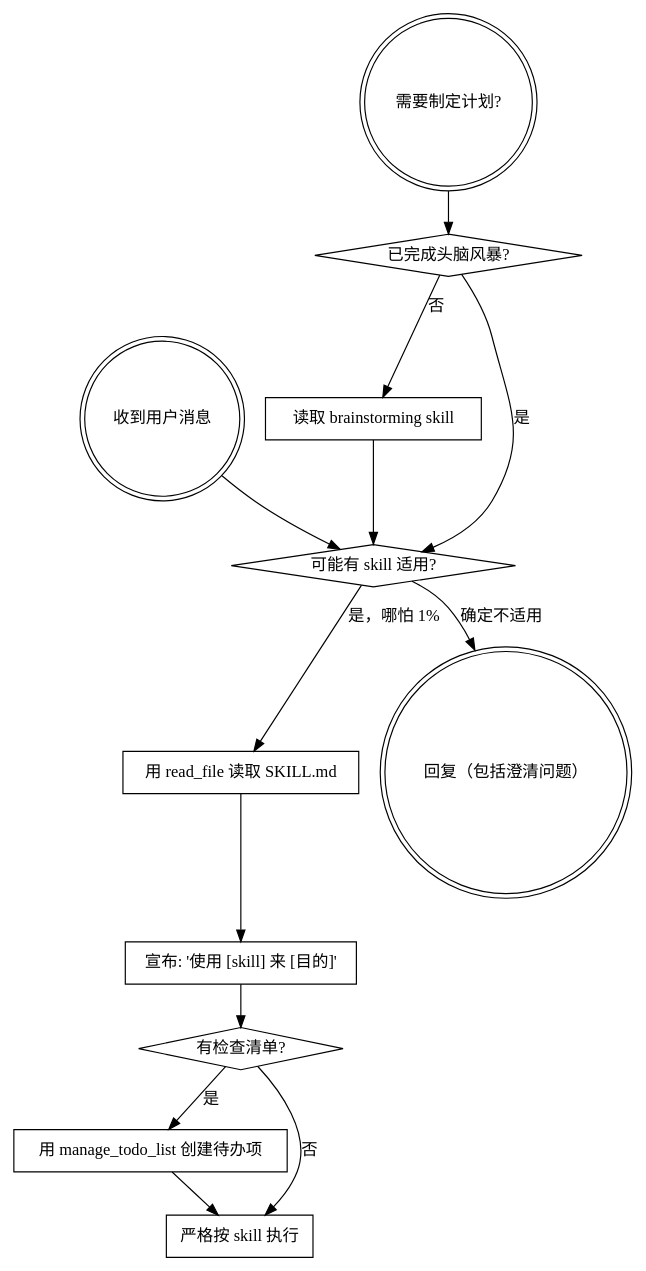
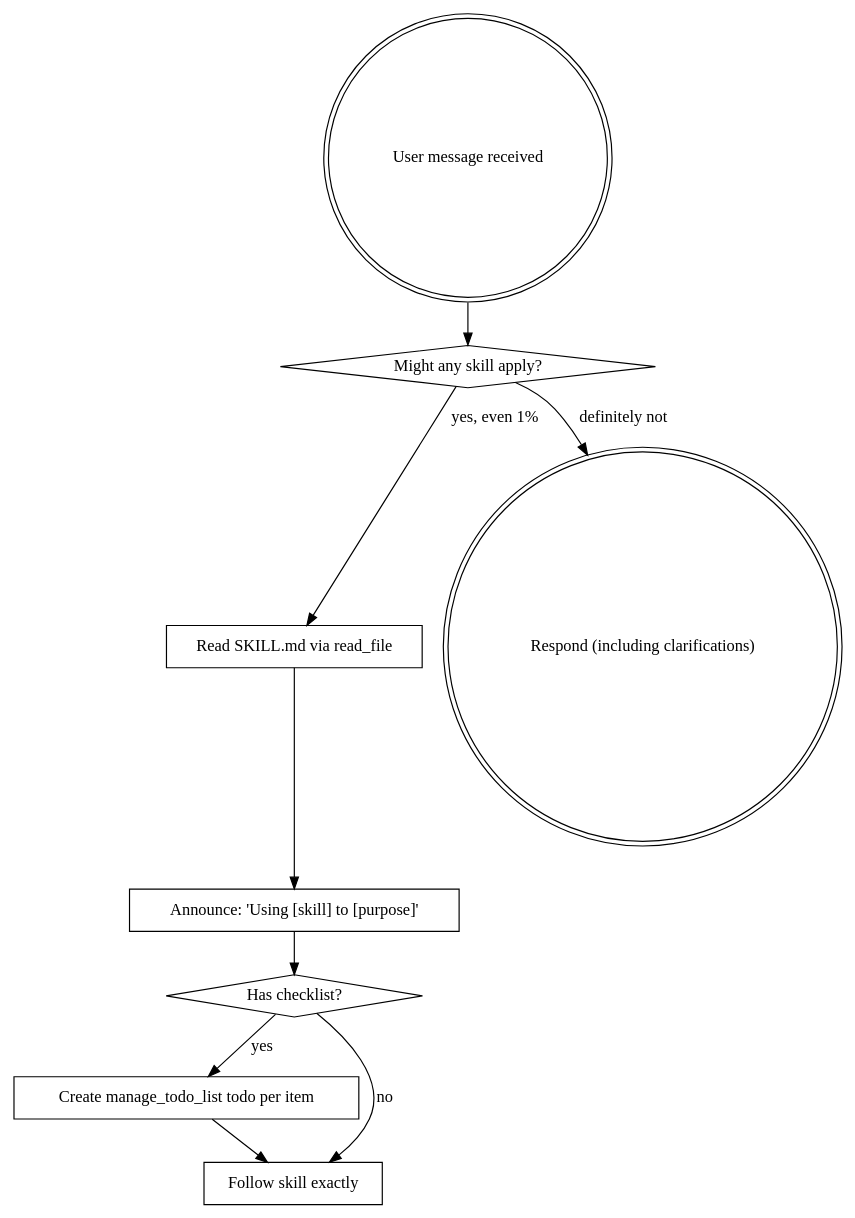
Before and after one commit to parkth1026/parking-agents: the diagram in .copilot/skills/using-superpowers/SKILL.md, drawn with Graphviz. The commit also changed other lines of this file and 15 other files, not shown here.

````diff
--- a/.copilot/skills/using-superpowers/SKILL.md
+++ b/.copilot/skills/using-superpowers/SKILL.md
@@ -38,29 +38,21 @@
 ```dot
 digraph skill_flow {
-    "收到用户消息" [shape=doublecircle];
-    "需要制定计划?" [shape=doublecircle];
-    "已完成头脑风暴?" [shape=diamond];
-    "读取 brainstorming skill" [shape=box];
-    "可能有 skill 适用?" [shape=diamond];
-    "用 read_file 读取 SKILL.md" [shape=box];
-    "宣布: '使用 [skill] 来 [目的]'" [shape=box];
-    "有检查清单?" [shape=diamond];
-    "用 manage_todo_list 创建待办项" [shape=box];
-    "严格按 skill 执行" [shape=box];
-    "回复（包括澄清问题）" [shape=doublecircle];
+    "User message received" [shape=doublecircle];
+    "Might any skill apply?" [shape=diamond];
+    "Read SKILL.md via read_file" [shape=box];
+    "Announce: 'Using [skill] to [purpose]'" [shape=box];
+    "Has checklist?" [shape=diamond];
+    "Create manage_todo_list todo per item" [shape=box];
+    "Follow skill exactly" [shape=box];
+    "Respond (including clarifications)" [shape=doublecircle];
 
-    "需要制定计划?" -> "已完成头脑风暴?";
-    "已完成头脑风暴?" -> "读取 brainstorming skill" [label="否"];
-    "已完成头脑风暴?" -> "可能有 skill 适用?" [label="是"];
-    "读取 brainstorming skill" -> "可能有 skill 适用?";
-
-    "收到用户消息" -> "可能有 skill 适用?";
-    "可能有 skill 适用?" -> "用 read_file 读取 SKILL.md" [label="是，哪怕 1%"];
-    "可能有 skill 适用?" -> "回复（包括澄清问题）" [label="确定不适用"];
-    "用 read_file 读取 SKILL.md" -> "宣布: '使用 [skill] 来 [目的]'";
-    "宣布: '使用 [skill] 来 [目的]'" -> "有检查清单?";
-    "有检查清单?" -> "用 manage_todo_list 创建待办项" [label="是"];
-    "有检查清单?" -> "严格按 skill 执行" [label="否"];
-    "用 manage_todo_list 创建待办项" -> "严格按 skill 执行";
+    "User message received" -> "Might any skill apply?";
+    "Might any skill apply?" -> "Read SKILL.md via read_file" [label="yes, even 1%"];
+    "Might any skill apply?" -> "Respond (including clarifications)" [label="definitely not"];
+    "Read SKILL.md via read_file" -> "Announce: 'Using [skill] to [purpose]'";
+    "Announce: 'Using [skill] to [purpose]'" -> "Has checklist?";
+    "Has checklist?" -> "Create manage_todo_list todo per item" [label="yes"];
+    "Has checklist?" -> "Follow skill exactly" [label="no"];
+    "Create manage_todo_list todo per item" -> "Follow skill exactly";
 }
 ```
````
